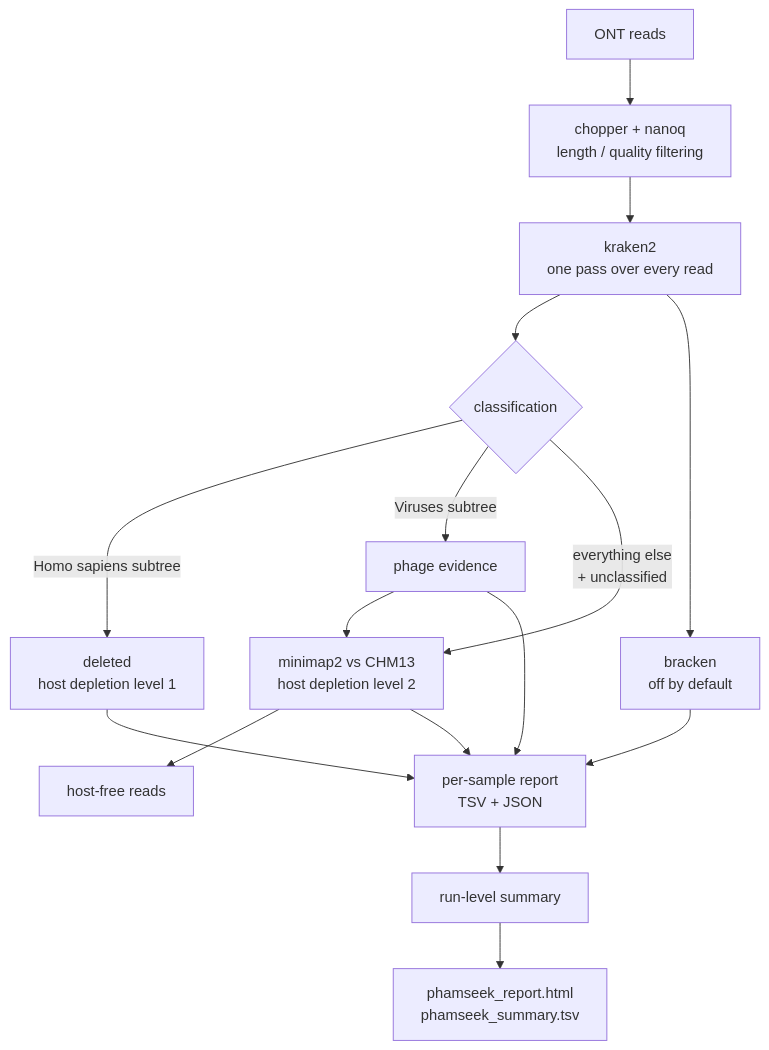
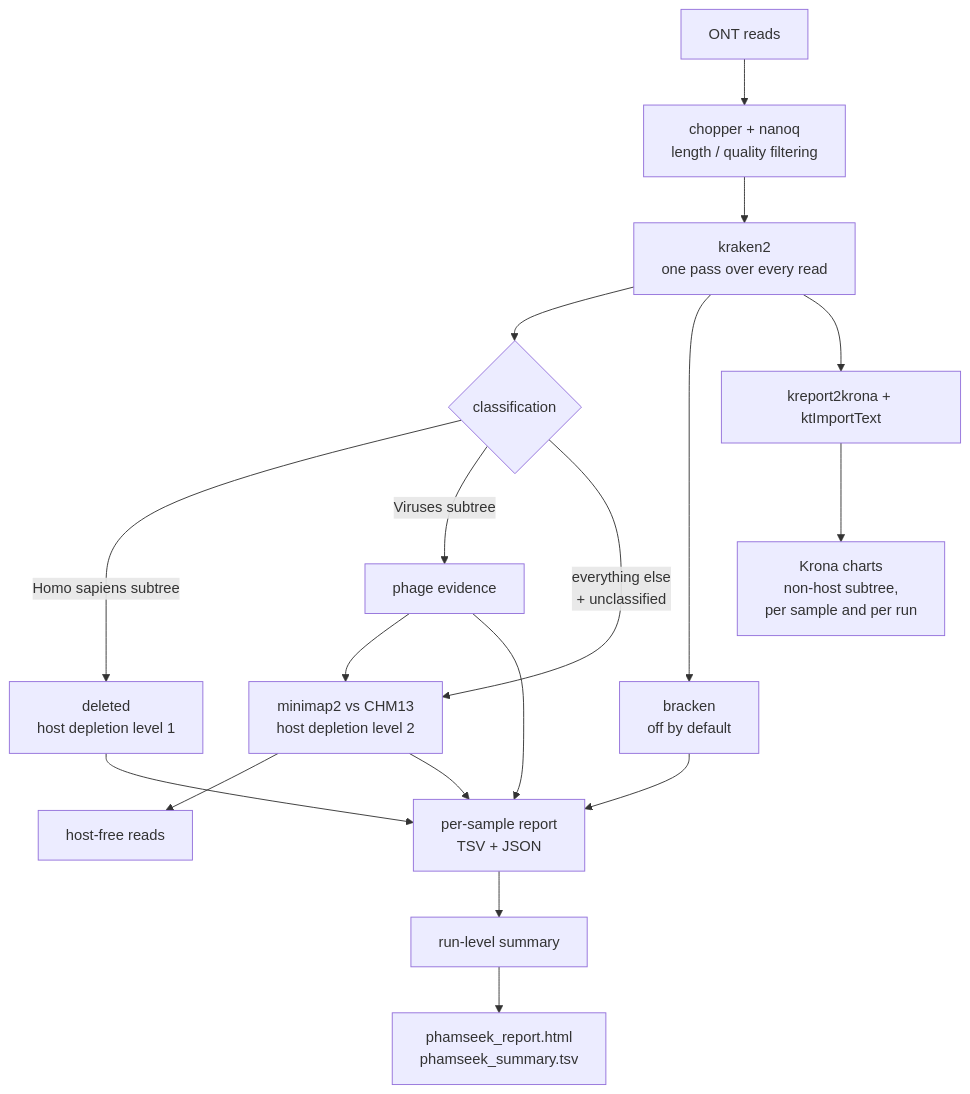
Before and after one commit to rujinlong/nf-phamseek: the diagram in README.md, drawn with Mermaid. The commit also changed other lines of this file and 24 other files, not shown here.

First line of the commit message:
Chart the non-host reads, and make --help work on current Nextflow

````diff
--- a/README.md
+++ b/README.md
@@ -33,18 +33,20 @@
 ```mermaid
 flowchart TD
     A["ONT reads"] --> B["chopper + nanoq<br/>length / quality filtering"]
     B --> C["kraken2<br/>one pass over every read"]
     C --> D{"classification"}
     D -->|"Homo sapiens subtree"| E["deleted<br/>host depletion level 1"]
     D -->|"Viruses subtree"| F["phage evidence"]
     D -->|"everything else<br/>+ unclassified"| G["minimap2 vs CHM13<br/>host depletion level 2"]
     F --> G
     G --> H["host-free reads"]
     C --> I["bracken<br/>off by default"]
     F --> J["per-sample report<br/>TSV + JSON"]
     I --> J
     E --> J
     G --> J
     J --> L["run-level summary"]
     L --> K["phamseek_report.html<br/>phamseek_summary.tsv"]
+    C --> M["kreport2krona + ktImportText"]
+    M --> N["Krona charts<br/>non-host subtree,<br/>per sample and per run"]
 ```
````
